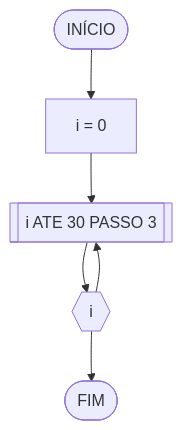
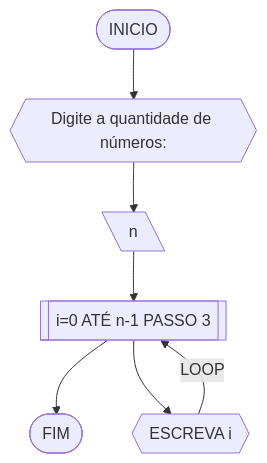
One commit to Davicesmeraldo/UNIFOR changed the tenth of 20 diagrams in RLA/lista_exercíciosAV1.md. Above: the diagram before and after it, drawn with Mermaid. The commit also changed other lines of this file, not shown here.

````diff
--- a/RLA/lista_exercíciosAV1.md
+++ b/RLA/lista_exercíciosAV1.md
@@ -390,8 +709,9 @@
 ```mermaid
 flowchart TD
-A([INÍCIO]) --> B[i = 0]
-B --> C[[i ATE 30 PASSO 3]]
-C --> D{{i}}
-D --> C
-D --> Z([FIM])
+A([INICIO]) --> B{{Digite a quantidade de números: }}
+B --> C[\n\]
+C --> E[[i=0 ATÉ n-1 PASSO 3]]
+E --> G([FIM])
+E --> F{{ESCREVA i}}
+F --LOOP--> E
 ```
````
